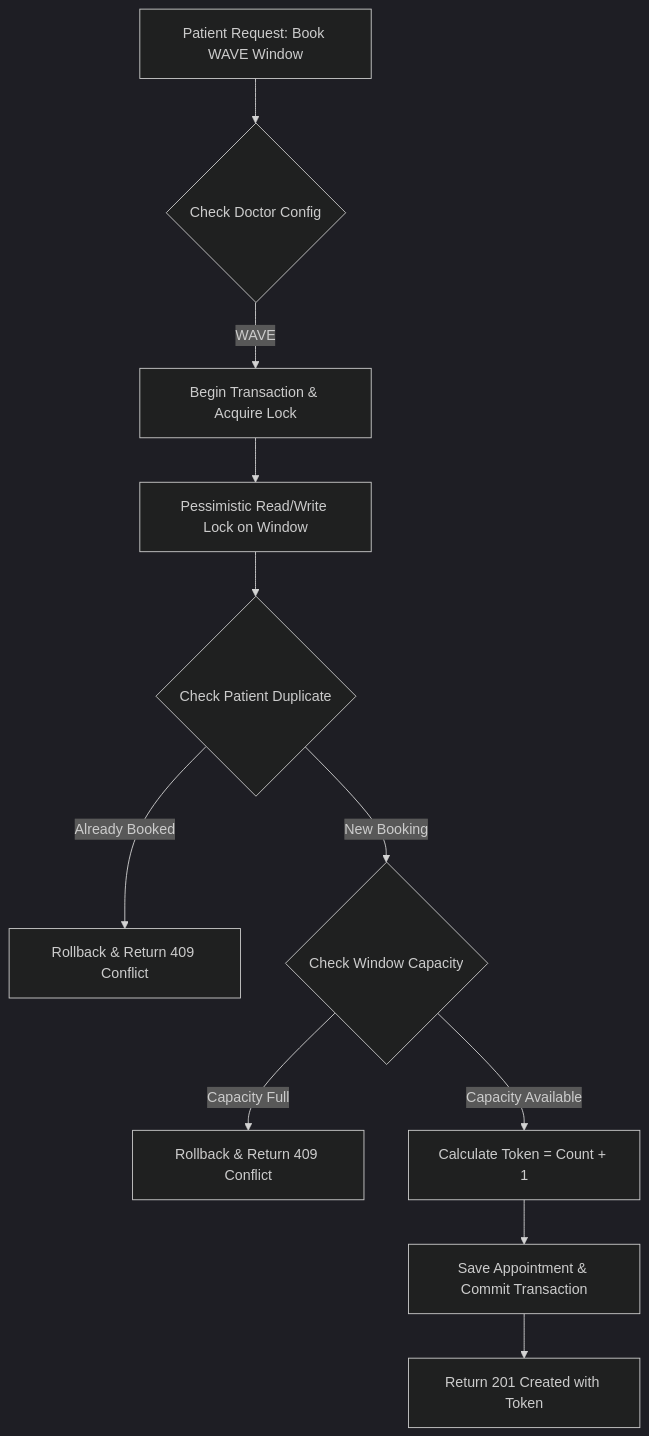
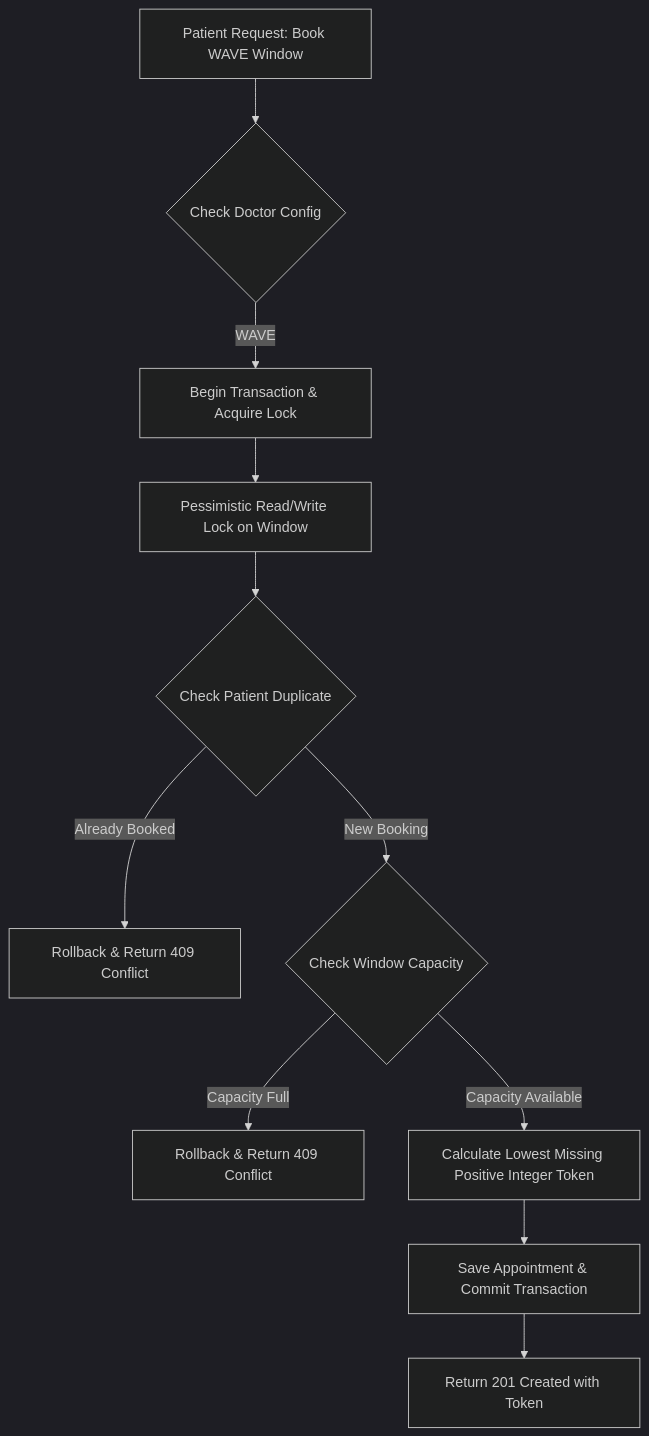
The second of 3 diagrams in docs/FLOWCHARTS.md (Jagadeesh729/schedula-jagadeesh), drawn with Mermaid (dark theme) before and after one commit. The commit also changed other lines of this file and 8 other files, not shown here.

````diff
--- a/docs/FLOWCHARTS.md
+++ b/docs/FLOWCHARTS.md
@@ -13,13 +13,13 @@
 ```mermaid
 graph TD
     A[Patient Request: Book WAVE Window] --> B{Check Doctor Config}
     B -->|WAVE| C[Begin Transaction & Acquire Lock]
     C --> D[Pessimistic Read/Write Lock on Window]
     D --> E{Check Patient Duplicate}
     E -->|Already Booked| F[Rollback & Return 409 Conflict]
     E -->|New Booking| G{Check Window Capacity}
     G -->|Capacity Full| H[Rollback & Return 409 Conflict]
-    G -->|Capacity Available| I[Calculate Token = Count + 1]
+    G -->|Capacity Available| I[Calculate Lowest Missing Positive Integer Token]
     I --> J[Save Appointment & Commit Transaction]
     J --> K[Return 201 Created with Token]
 ```
````
